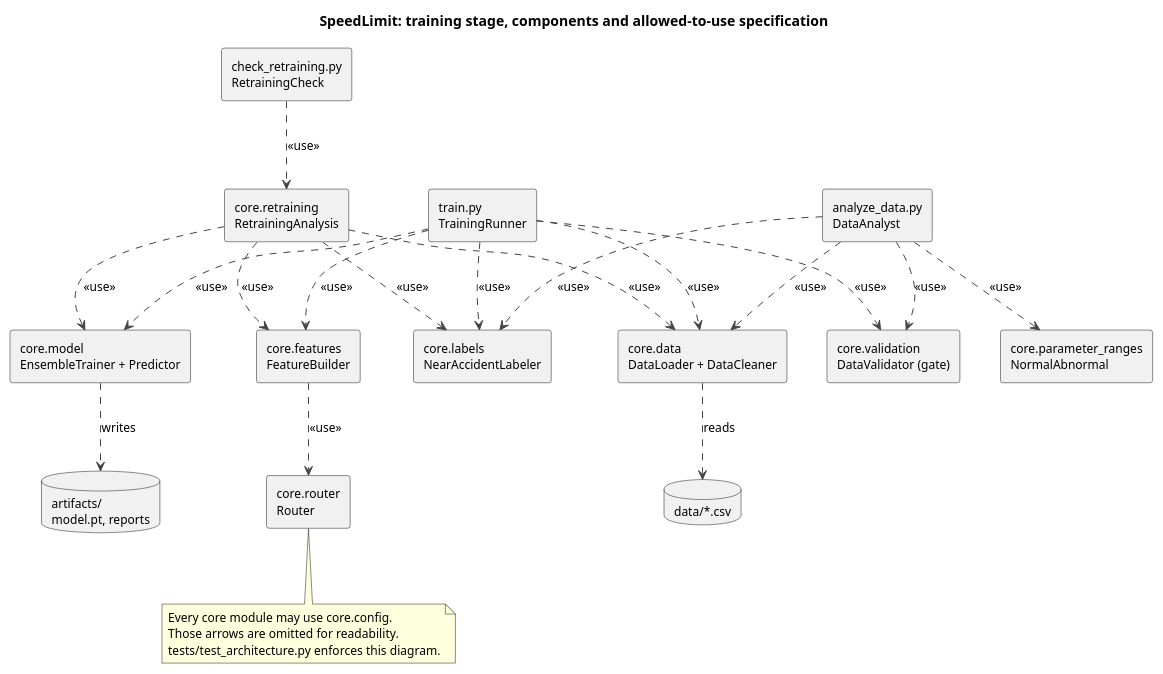
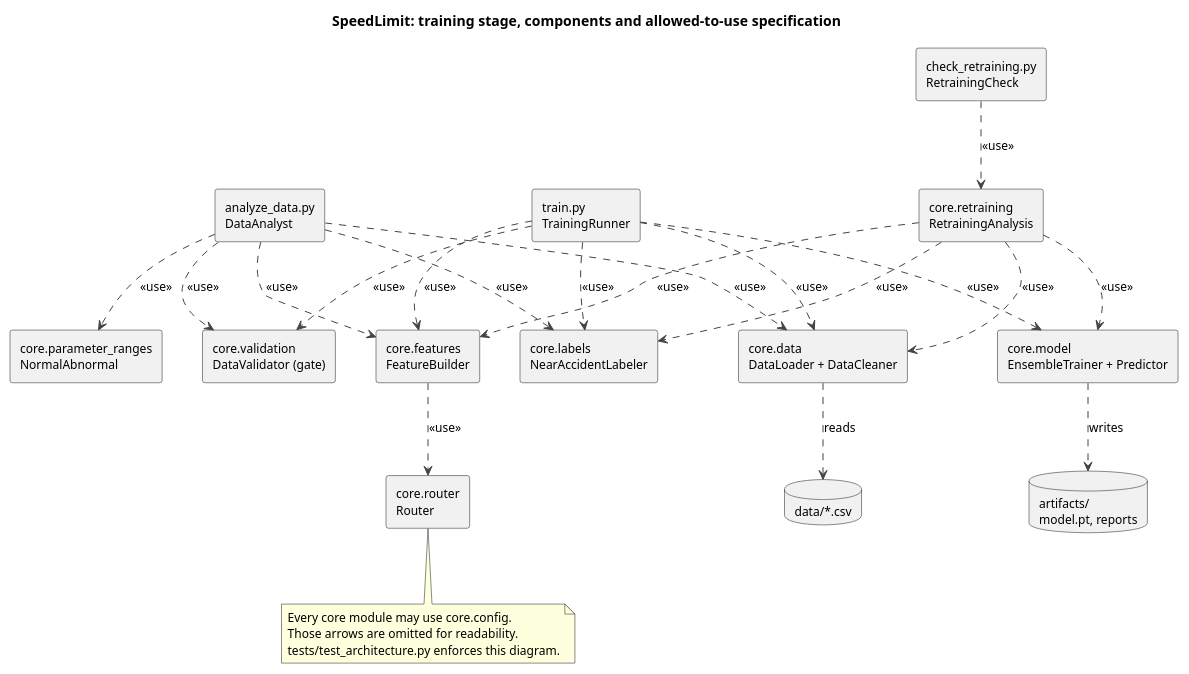
Before and after one commit to xDGeo/SpeedLimitExampleSEA: the diagram in docs/uml/01_architecture_training.puml, drawn with PlantUML. The commit also changed 29 other files, not shown here.

```diff
--- a/docs/uml/01_architecture_training.puml
+++ b/docs/uml/01_architecture_training.puml
@@ -1,47 +1,48 @@
 @startuml 01_architecture_training
 title SpeedLimit: training stage, components and allowed-to-use specification
 skinparam shadowing false
 skinparam componentStyle rectangle
 skinparam nodesep 40
 skinparam ranksep 70
 skinparam defaultFontSize 12
 skinparam ArrowColor #444444
 
 [train.py\nTrainingRunner] as Train
 [analyze_data.py\nDataAnalyst] as Analyze
 [check_retraining.py\nRetrainingCheck] as RetrainCli
 [core.retraining\nRetrainingAnalysis] as Retraining
 [core.data\nDataLoader + DataCleaner] as Data
 [core.validation\nDataValidator (gate)] as Validation
 [core.labels\nNearAccidentLabeler] as Labels
 [core.features\nFeatureBuilder] as Features
 [core.model\nEnsembleTrainer + Predictor] as Model
 [core.router\nRouter] as Router
 [core.parameter_ranges\nNormalAbnormal] as Ranges
 database "data/*.csv" as CSV
 database "artifacts/\nmodel.pt, reports" as Art
 
 Analyze ..> Data : <<use>>
 Analyze ..> Validation : <<use>>
 Analyze ..> Labels : <<use>>
 Analyze ..> Ranges : <<use>>
+Analyze ..> Features : <<use>>
 Train ..> Data : <<use>>
 Train ..> Validation : <<use>>
 Train ..> Labels : <<use>>
 Train ..> Features : <<use>>
 Train ..> Model : <<use>>
 RetrainCli ..> Retraining : <<use>>
 Retraining ..> Data : <<use>>
 Retraining ..> Labels : <<use>>
 Retraining ..> Features : <<use>>
 Retraining ..> Model : <<use>>
 Features ..> Router : <<use>>
 Data ..> CSV : reads
 Model ..> Art : writes
 
 note bottom of Router
   Every core module may use core.config.
   Those arrows are omitted for readability.
   tests/test_architecture.py enforces this diagram.
 end note
 @enduml
```
